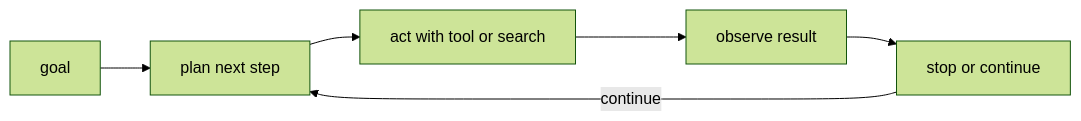
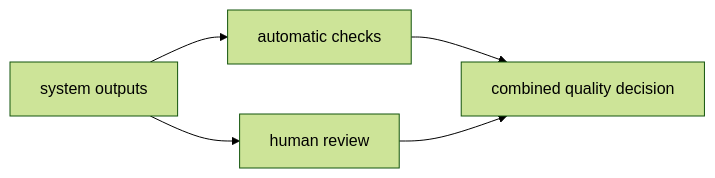
The diagram in docs/parts/part-05/chapter-15/section-02.md (devchan64/AiBook), drawn with Mermaid (forest theme) before and after one commit. The commit also changed other lines of this file and 47 other files, not shown here.

````diff
--- a/docs/parts/part-05/chapter-15/section-02.md
+++ b/docs/parts/part-05/chapter-15/section-02.md
@@ -128,11 +122,10 @@
 ```mermaid
 flowchart LR
-  A["goal"]
-  B["plan next step"]
-  C["act with tool or search"]
-  D["observe result"]
-  E["stop or continue"]
+  A["system outputs"]
+  B["automatic checks"]
+  C["human review"]
+  D["combined quality decision"]
 
-  A --> B --> C --> D --> E
-  E -->|continue| B
+  A --> B --> D
+  A --> C --> D
 ```
````
